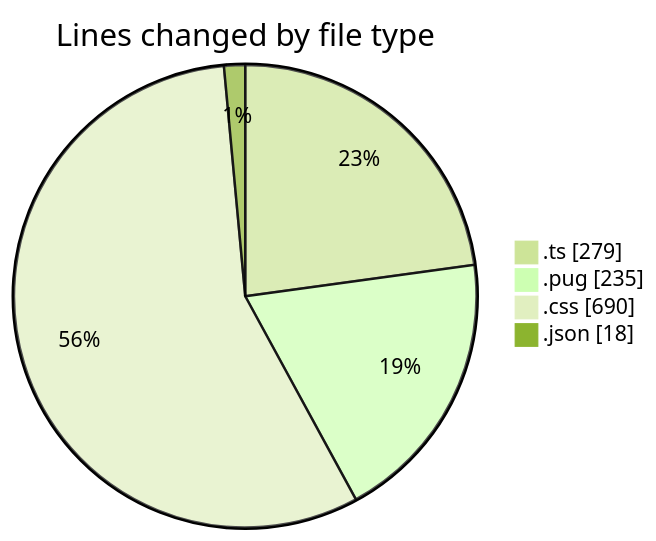
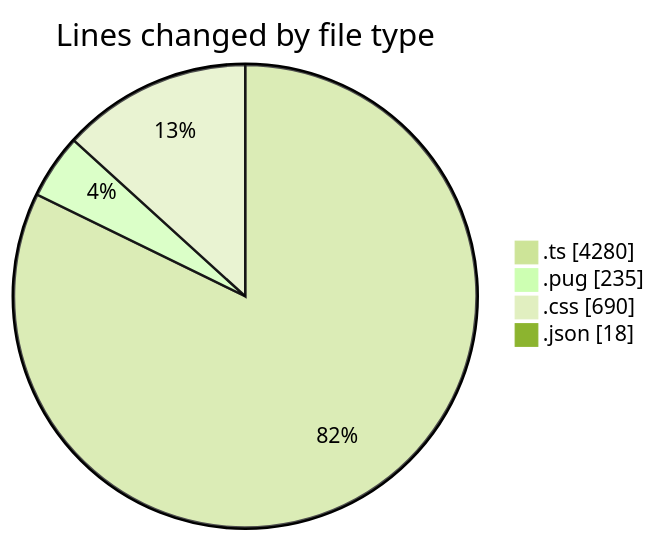
Before and after one commit to momahboobian/code-tracking: the first of 2 diagrams in 2025-10-31/cda/README.md, drawn with Mermaid (forest theme). The commit also changed other lines of this file and 1 other file, not shown here.

````diff
--- a/2025-10-31/cda/README.md
+++ b/2025-10-31/cda/README.md
@@ -27,8 +28,8 @@
 ```mermaid
 pie showData
 title Lines changed by file type
-".ts" : 279
+".ts" : 4280
 ".pug" : 235
 ".css" : 690
 ".json" : 18
 ```
````
